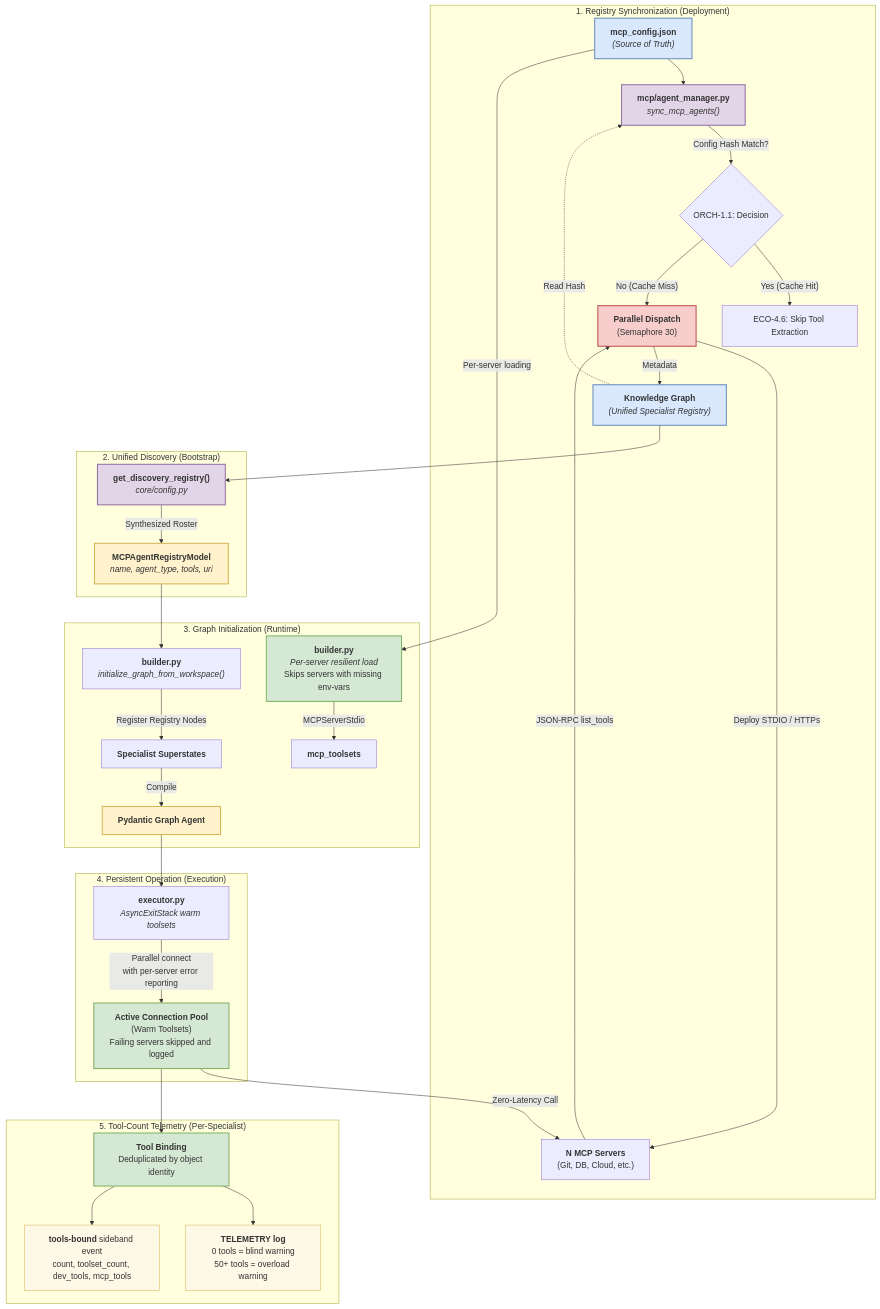
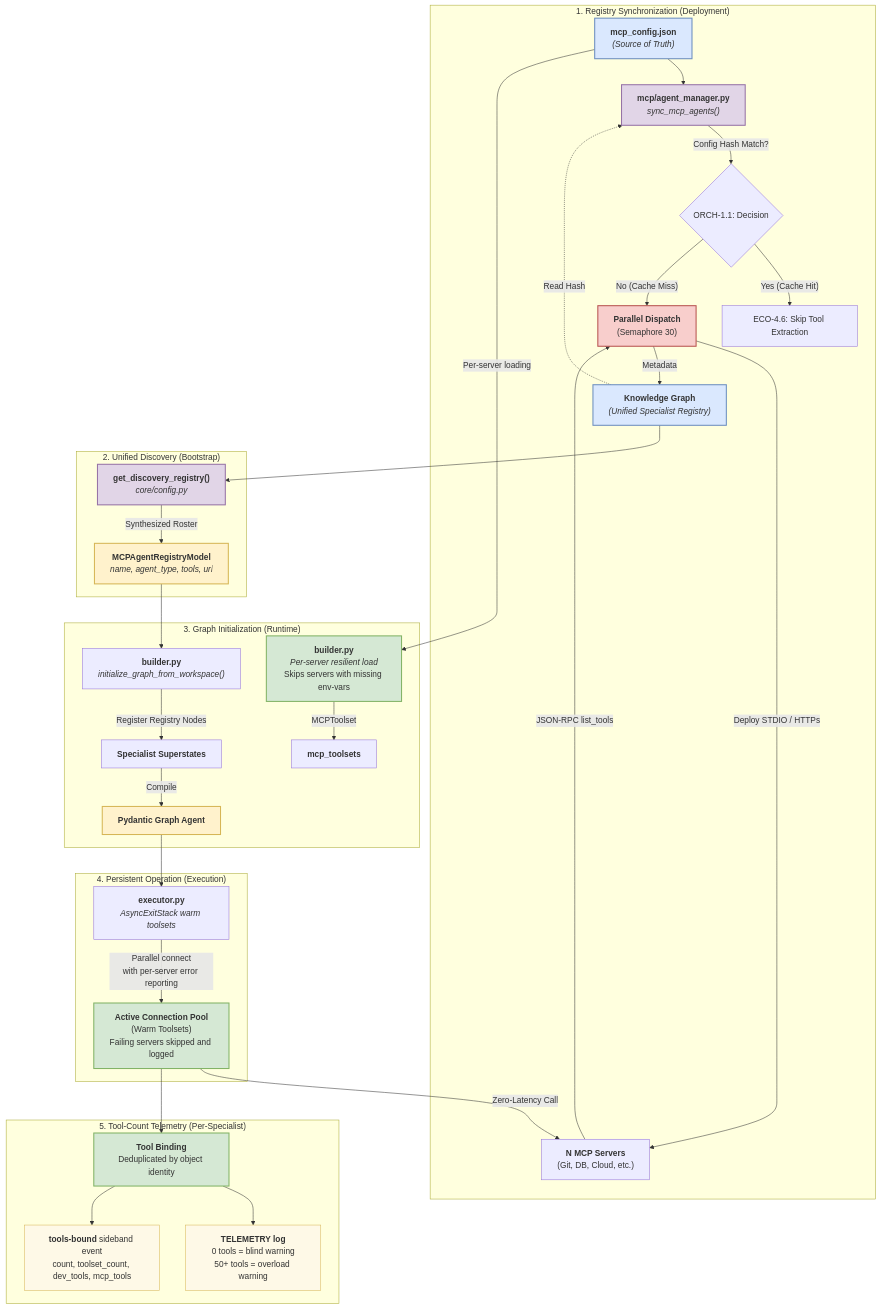
One commit to Knuckles-Team/agent-utilities changed the diagram in docs/guides/agents.md. Above: the diagram before and after it, drawn with Mermaid. The commit also changed 7 other files, not shown here.

````diff
--- a/docs/guides/agents.md
+++ b/docs/guides/agents.md
@@ -35,53 +35,53 @@
 ```mermaid
 graph TD
     subgraph Registry_Phase ["1. Registry Synchronization (Deployment)"]
         Config["<b>mcp_config.json</b><br/><i>(Source of Truth)</i>"] --> Manager["<b>mcp/agent_manager.py</b><br/><i>sync_mcp_agents()</i>"]
         KG_Registry["<b>Knowledge Graph</b><br/><i>(Unified Specialist Registry)</i>"] -.->|Read Hash| Manager
 
         Manager -->|Config Hash Match?| Branch{ORCH-1.1: Decision}
         Branch -- "Yes (Cache Hit)" --> Skip["ECO-4.6: Skip Tool Extraction"]
         Branch -- "No (Cache Miss)" --> Parallel["<b>Parallel Dispatch</b><br/>(Semaphore 30)"]
 
         Parallel -->|Deploy STDIO / HTTPs| Servers["<b>N MCP Servers</b><br/>(Git, DB, Cloud, etc.)"]
         Servers -->|JSON-RPC list_tools| Parallel
         Parallel -->|Metadata| KG_Registry
     end
 
     subgraph Unified_Discovery ["2. Unified Discovery (Bootstrap)"]
         KG_Registry --> UAL["<b>get_discovery_registry()</b><br/><i>core/config.py</i>"]
         UAL -->|Synthesized Roster| Roster["<b>MCPAgentRegistryModel</b><br/><i>name, agent_type, tools, url</i>"]
     end
 
     subgraph Initialization_Phase ["3. Graph Initialization (Runtime)"]
         Config -->|Per-server loading| Loader["<b>builder.py</b><br/><i>Per-server resilient load</i><br/>Skips servers with missing env-vars"]
         Roster --> Builder["<b>builder.py</b><br/><i>initialize_graph_from_workspace()</i>"]
-        Loader -->|MCPServerStdio| ToolPool["<b>mcp_toolsets</b>"]
+        Loader -->|MCPToolset| ToolPool["<b>mcp_toolsets</b>"]
         Builder -->|Register Registry Nodes| Specialists["<b>Specialist Superstates</b>"]
         Specialists -->|Compile| GraphAgent["<b>Pydantic Graph Agent</b>"]
     end
 
     subgraph Operation_Phase ["4. Persistent Operation (Execution)"]
         GraphAgent --> Lifespan["<b>executor.py</b><br/><i>AsyncExitStack warm toolsets</i>"]
         Lifespan -->|"Parallel connect<br/>with per-server error reporting"| ConnPool["<b>Active Connection Pool</b><br/>(Warm Toolsets)<br/>Failing servers skipped and logged"]
         ConnPool -->|Zero-Latency Call| Servers
     end
 
     subgraph Telemetry_Phase ["5. Tool-Count Telemetry (Per-Specialist)"]
         ConnPool --> Bind["<b>Tool Binding</b><br/>Deduplicated by object identity"]
         Bind --> TelLog["<b>TELEMETRY log</b><br/>0 tools = blind warning<br/>50+ tools = overload warning"]
         Bind --> TelEvent["<b>tools-bound</b> sideband event<br/>count, toolset_count, dev_tools, mcp_tools"]
     end
 
     style Config fill:#dae8fe,stroke:#6c8ebf,stroke-width:2px
     style KG_Registry fill:#dae8fe,stroke:#6c8ebf,stroke-width:2px
     style Manager fill:#e1d5e7,stroke:#9673a6,stroke-width:2px
     style Parallel fill:#f8cecc,stroke:#b85450,stroke-width:2px
     style ConnPool fill:#d5e8d4,stroke:#82b366,stroke-width:2px
     style GraphAgent fill:#fff2cc,stroke:#d6b656,stroke-width:2px
     style Loader fill:#d5e8d4,stroke:#82b366,stroke-width:2px
     style UAL fill:#e1d5e7,stroke:#9673a6,stroke-width:2px
     style Roster fill:#fff2cc,stroke:#d6b656,stroke-width:2px
     style Bind fill:#d5e8d4,stroke:#82b366,stroke-width:2px
     style TelLog fill:#fef9e7,stroke:#d6b656,stroke-width:1px
     style TelEvent fill:#fef9e7,stroke:#d6b656,stroke-width:1px
 ```
````
